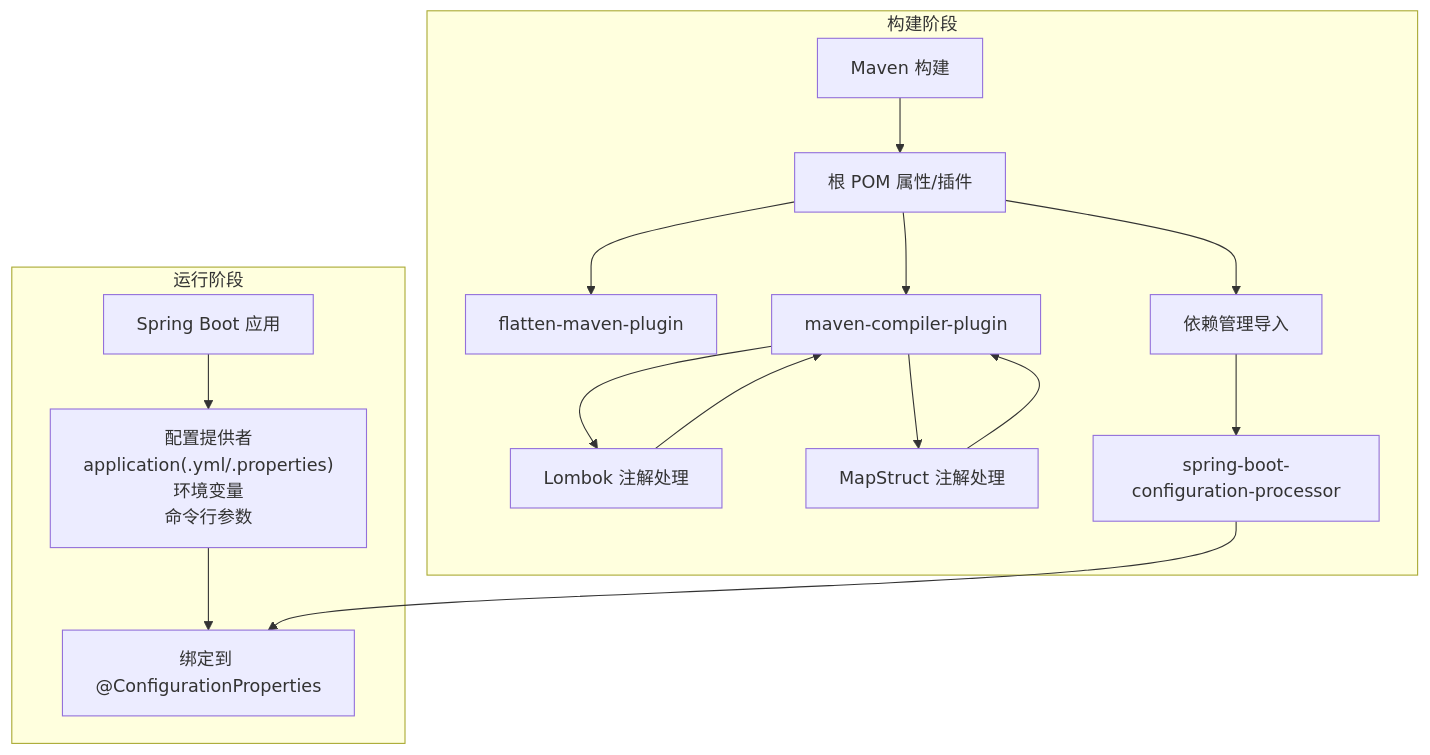
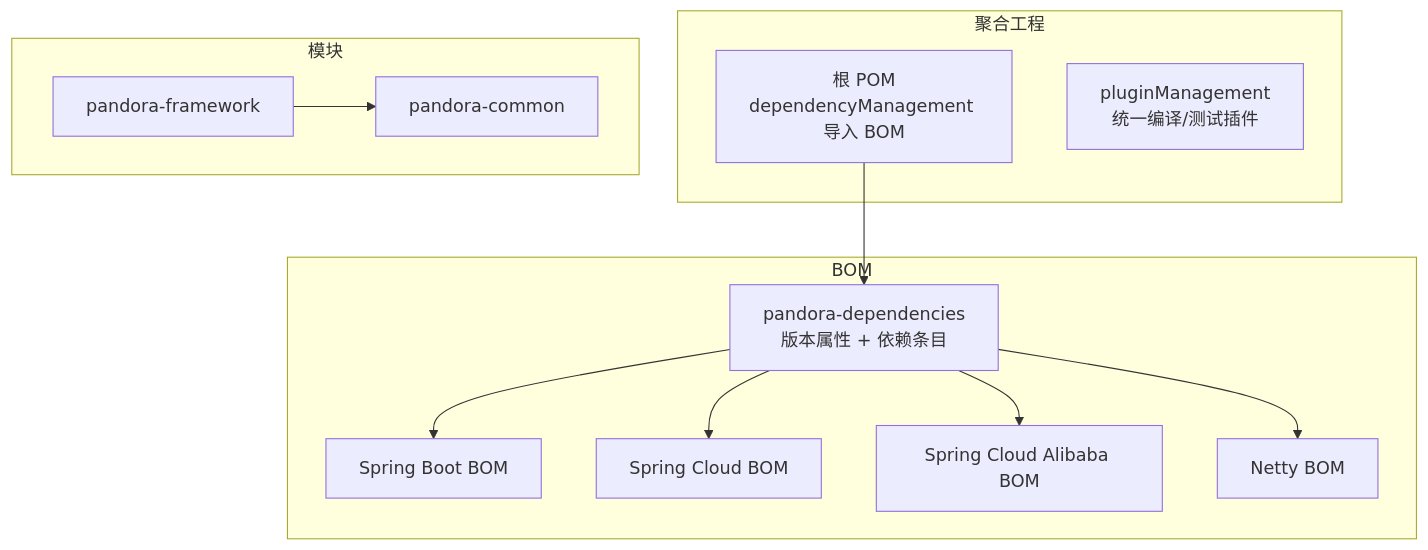
Before and after one commit to guanglei93/pandora-cloud: the second of 3 diagrams in .qoder/repowiki/zh/content/配置管理.md, drawn with Mermaid. The commit also changed other lines of this file and 51 other files, not shown here.

Commit message:
重新生成 pandora-common 模块文档（qoder），重构文档目录结构

````diff
--- a/.qoder/repowiki/zh/content/配置管理.md
+++ b/.qoder/repowiki/zh/content/配置管理.md
@@ -61,19 +75,24 @@
 ```mermaid
 graph TB
-subgraph "构建阶段"
-MVN["Maven 构建"] --> ROOTPOM["根 POM 属性/插件"]
-ROOTPOM --> FLATTEN["flatten-maven-plugin"]
-ROOTPOM --> COMPILER["maven-compiler-plugin"]
-COMPILER --> LOMBORN["Lombok 注解处理"]
-COMPILER --> MAPSTRUCT["MapStruct 注解处理"]
-ROOTPOM --> DEPSMGR["依赖管理导入"]
-DEPSMGR --> SBPROC["spring-boot-configuration-processor"]
+subgraph "聚合工程"
+R["根 POM<br/>dependencyManagement 导入 BOM"]
+PM["pluginManagement<br/>统一编译/测试插件"]
 end
-subgraph "运行阶段"
-SPRINGBOOT["Spring Boot 应用"] --> CONFIGPROVIDER["配置提供者<br/>application(.yml/.properties)<br/>环境变量<br/>命令行参数"]
-CONFIGPROVIDER --> BINDING["绑定到 @ConfigurationProperties"]
+subgraph "BOM"
+B["pandora-dependencies<br/>版本属性 + 依赖条目"]
+SB["Spring Boot BOM"]
+SC["Spring Cloud BOM"]
+SAC["Spring Cloud Alibaba BOM"]
+NETTY["Netty BOM"]
 end
-LOMBORN --> COMPILER
-MAPSTRUCT --> COMPILER
-SBPROC --> BINDING
+subgraph "模块"
+FW["pandora-framework"]
+C["pandora-common"]
+end
+R --> B
+B --> SB
+B --> SC
+B --> SAC
+B --> NETTY
+FW --> C
 ```
````
